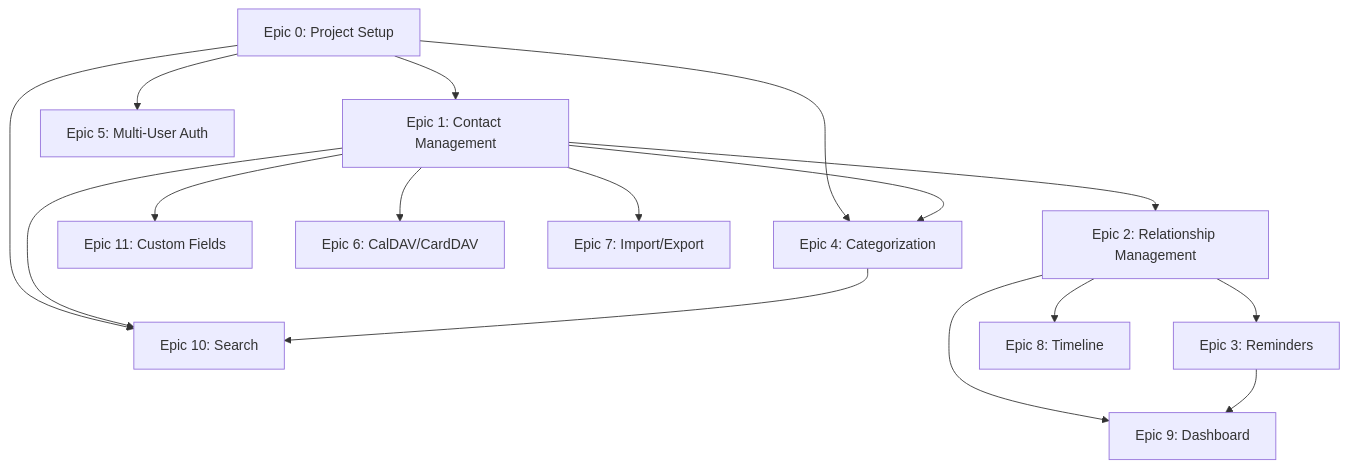
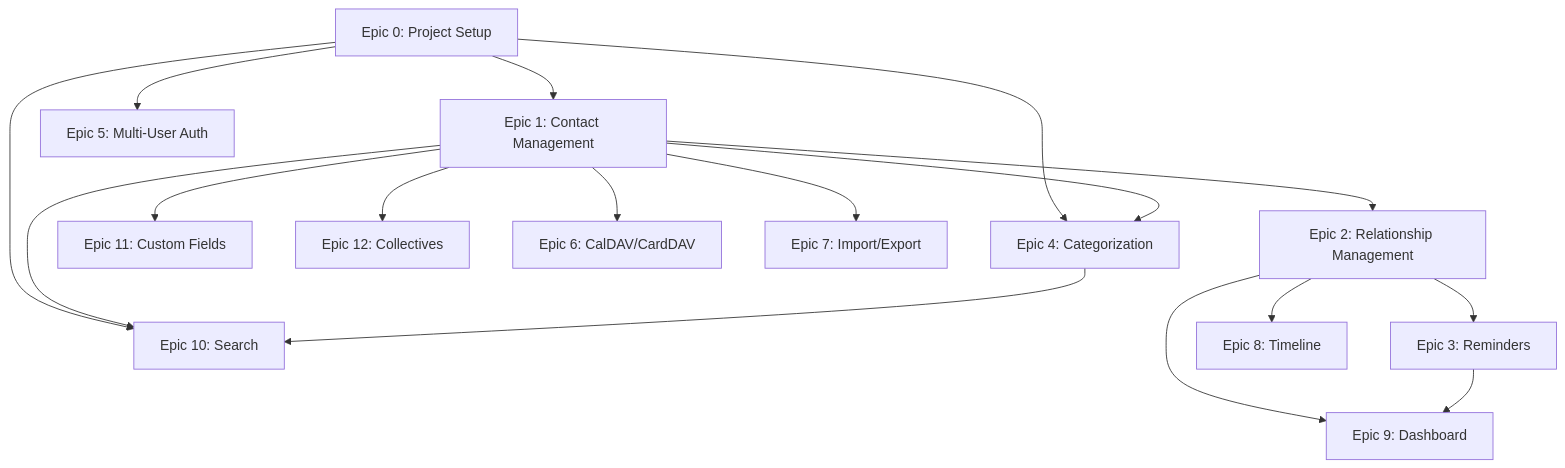
The diagram in project-management/epics/README.md (datenknoten/freundebuch), drawn with Mermaid before and after one commit. The commit also changed other lines of this file and 1 other file, not shown here.

First line of the commit message:
docs: Add Epic 12 Collectives planning document

````diff
--- a/project-management/epics/README.md
+++ b/project-management/epics/README.md
@@ -100,18 +103,19 @@
 ```mermaid
 graph TD
     E0[Epic 0: Project Setup] --> E1[Epic 1: Contact Management]
     E0 --> E4[Epic 4: Categorization]
     E0 --> E5[Epic 5: Multi-User Auth]
     E0 --> E10[Epic 10: Search]
     E1 --> E2[Epic 2: Relationship Management]
     E1 --> E4
     E1 --> E10
     E1 --> E11[Epic 11: Custom Fields]
+    E1 --> E12[Epic 12: Collectives]
     E2 --> E3[Epic 3: Reminders]
     E2 --> E8[Epic 8: Timeline]
     E2 --> E9[Epic 9: Dashboard]
     E3 --> E9
     E1 --> E6[Epic 6: CalDAV/CardDAV]
     E1 --> E7[Epic 7: Import/Export]
     E4 --> E10
 ```
````
